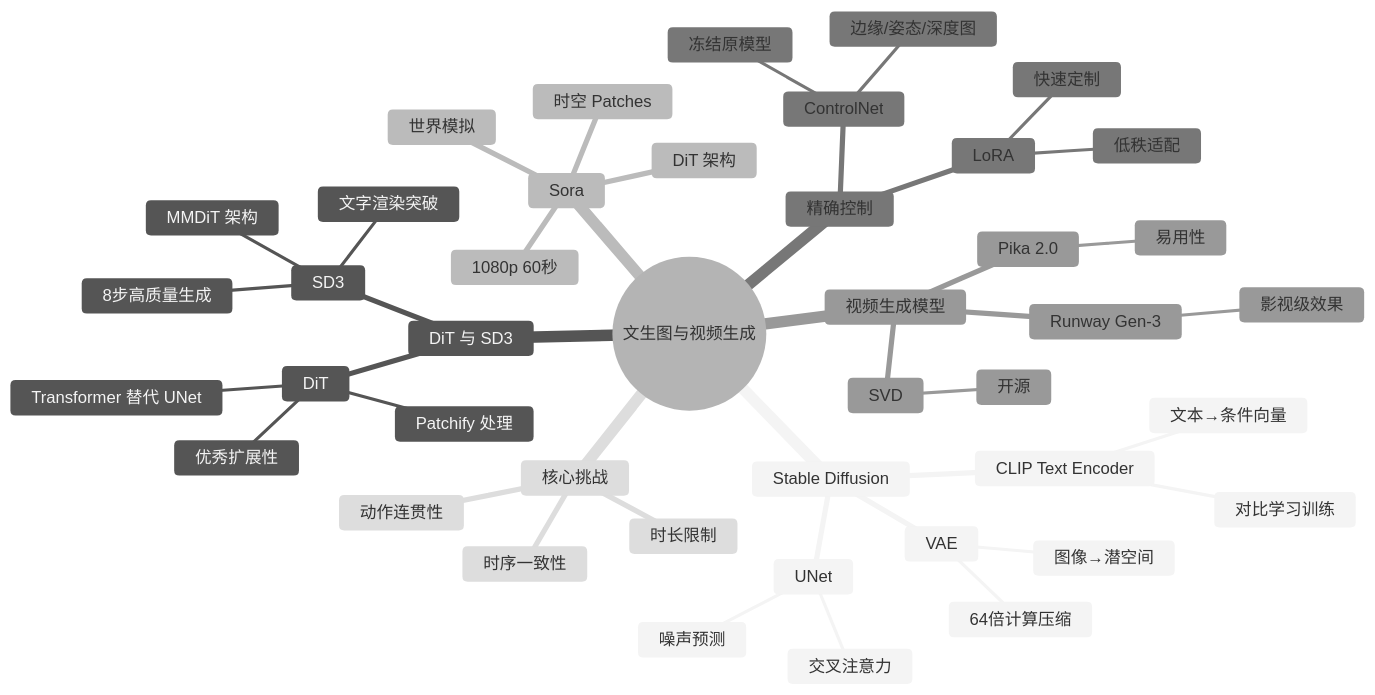
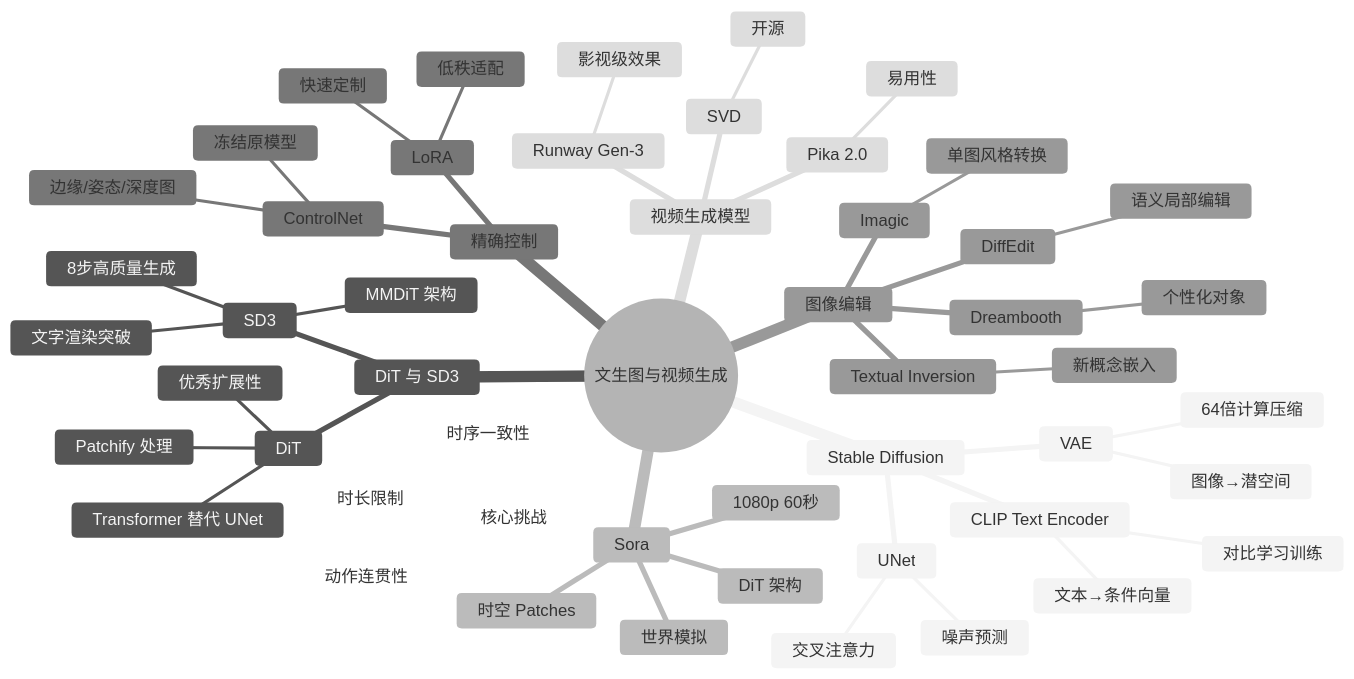
The ninth of 9 diagrams in chapters/PART8-生成式AI/8-3-文生图与视频生成.md (dwSun/AI-Tutorial), drawn with Mermaid (neutral theme) before and after one commit. The commit also changed other lines of this file and 22 other files, not shown here.

````diff
--- a/chapters/PART8-生成式AI/8-3-文生图与视频生成.md
+++ b/chapters/PART8-生成式AI/8-3-文生图与视频生成.md
@@ -538,46 +579,55 @@
 ```mermaid
 mindmap
   root((文生图与视频生成))
     Stable Diffusion
       CLIP Text Encoder
         文本→条件向量
         对比学习训练
       VAE
         图像→潜空间
         64倍计算压缩
       UNet
         噪声预测
         交叉注意力
     DiT 与 SD3
       DiT
         Transformer 替代 UNet
         优秀扩展性
         Patchify 处理
       SD3
         MMDiT 架构
         文字渲染突破
         8步高质量生成
     Sora
       DiT 架构
       时空 Patches
       1080p 60秒
       世界模拟
     精确控制
       ControlNet
         边缘/姿态/深度图
         冻结原模型
       LoRA
         低秩适配
         快速定制
+    图像编辑
+      Dreambooth
+        个性化对象
+      Textual Inversion
+        新概念嵌入
+      DiffEdit
+        语义局部编辑
+      Imagic
+        单图风格转换
     视频生成模型
       Runway Gen-3
         影视级效果
       Pika 2.0
         易用性
       SVD
         开源
     核心挑战
       时序一致性
       动作连贯性
       时长限制
 ```
````
